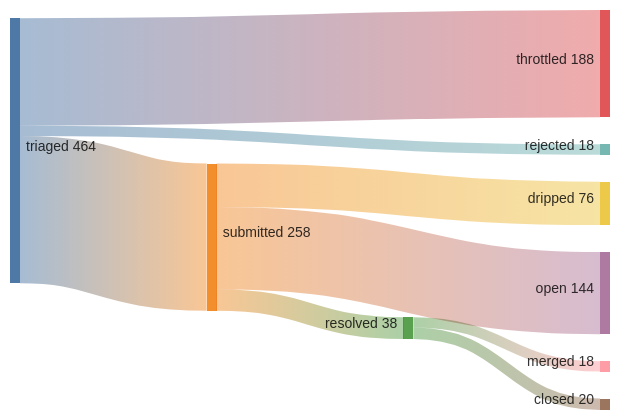
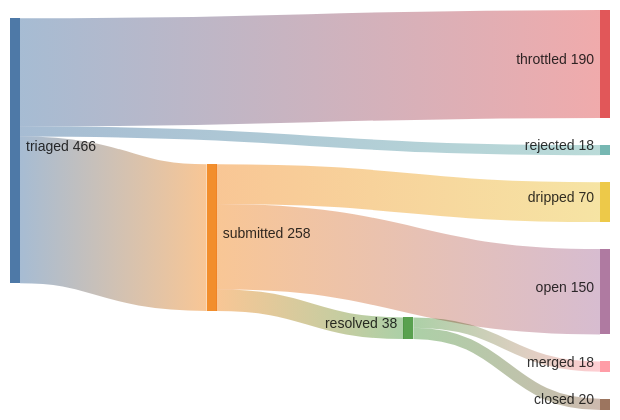
The diagram in README.md (kimjune01/kimjune01), drawn with Mermaid before and after one commit. The commit also changed other lines of this file and 1 other file, not shown here.

````diff
--- a/README.md
+++ b/README.md
@@ -3,11 +3,11 @@
 ```mermaid
 sankey-beta
     triaged,    submitted, 258
-    triaged,    throttled, 188
+    triaged,    throttled, 190
     triaged,    rejected,  18
     submitted,  resolved,  38
-    submitted,  dripped,   76
-    submitted,  open,      144
+    submitted,  dripped,   70
+    submitted,  open,      150
     resolved,   merged,    18
     resolved,   closed,    20
 ```
````
